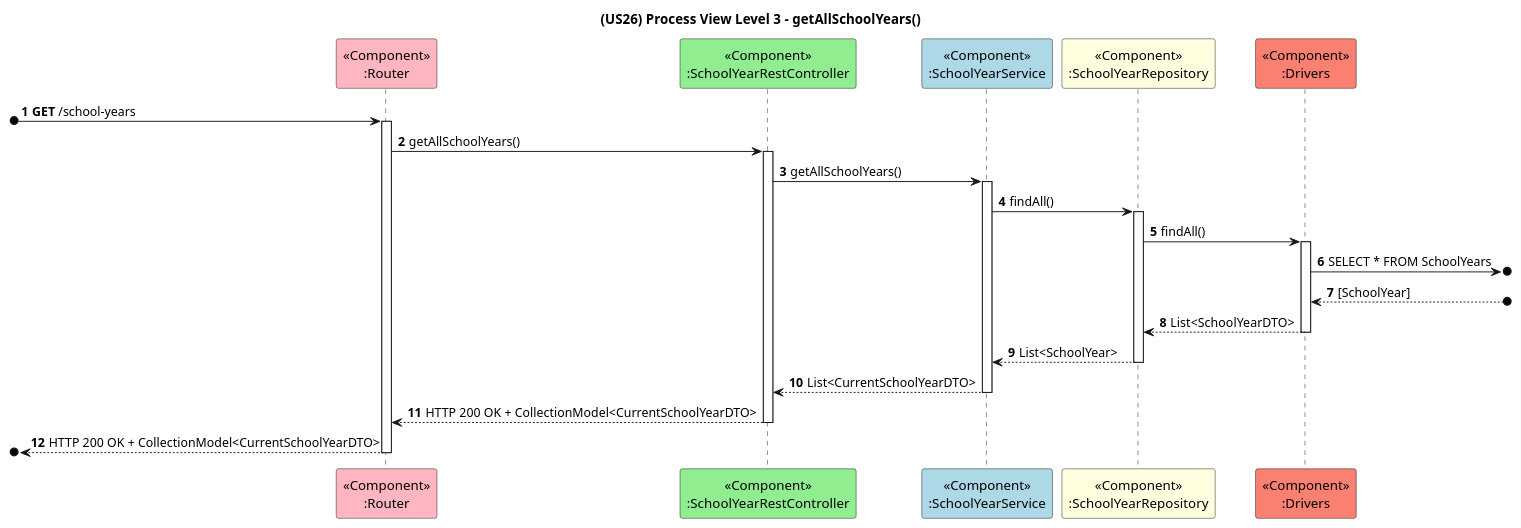
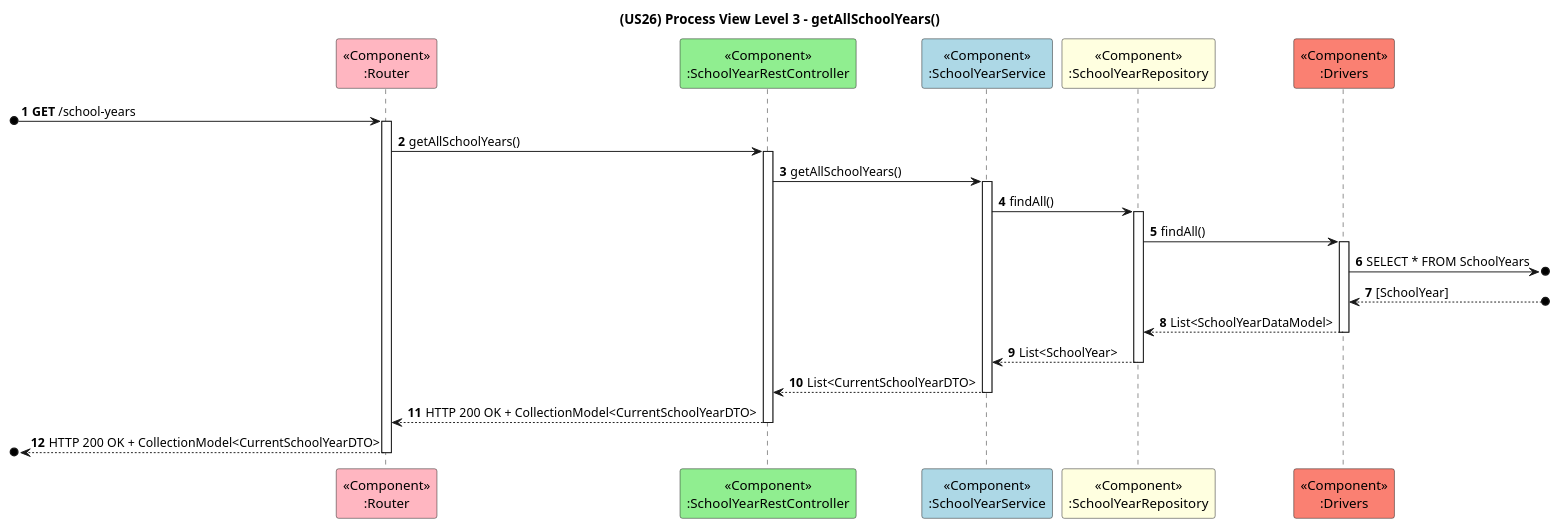
The diagram in docs/US26/Sprint6_RestAPI/ProcessView/Level3ComponentContent-GetAllSchoolYears.puml (GasparISEP/DevOps-PAI), drawn with PlantUML before and after one commit. The commit also changed 1 other file, not shown here.

Commit message:
docs: refine method interactions in Level 3 process view for GetAllSchoolYears

```diff
--- a/docs/US26/Sprint6_RestAPI/ProcessView/Level3ComponentContent-GetAllSchoolYears.puml
+++ b/docs/US26/Sprint6_RestAPI/ProcessView/Level3ComponentContent-GetAllSchoolYears.puml
@@ -1,25 +1,25 @@
 @startuml
 title (US26) Process View Level 3 - getAllSchoolYears()
 
 autonumber
 
 participant "<<Component>>\n:Router" as RT #lightpink
 participant "<<Component>>\n:SchoolYearRestController" as C #lightgreen
 participant "<<Component>>\n:SchoolYearService" as S #lightblue
 participant "<<Component>>\n:SchoolYearRepository" as R #lightyellow
 participant "<<Component>>\n:Drivers" as D #salmon
 
 [o-> RT ++: **GET** /school-years
 RT -> C ++: getAllSchoolYears()
 C -> S ++: getAllSchoolYears()
 S -> R ++: findAll()
 R -> D ++: findAll()
 D ->o] : SELECT * FROM SchoolYears
 D <--o] : [SchoolYear]
-D --> R --: List<SchoolYearDTO>
+D --> R --: List<SchoolYearDataModel>
 R --> S --: List<SchoolYear>
 S --> C --: List<CurrentSchoolYearDTO>
 C --> RT --: HTTP 200 OK + CollectionModel<CurrentSchoolYearDTO>
 [o<-- RT --: HTTP 200 OK + CollectionModel<CurrentSchoolYearDTO>
 
 @enduml
```
